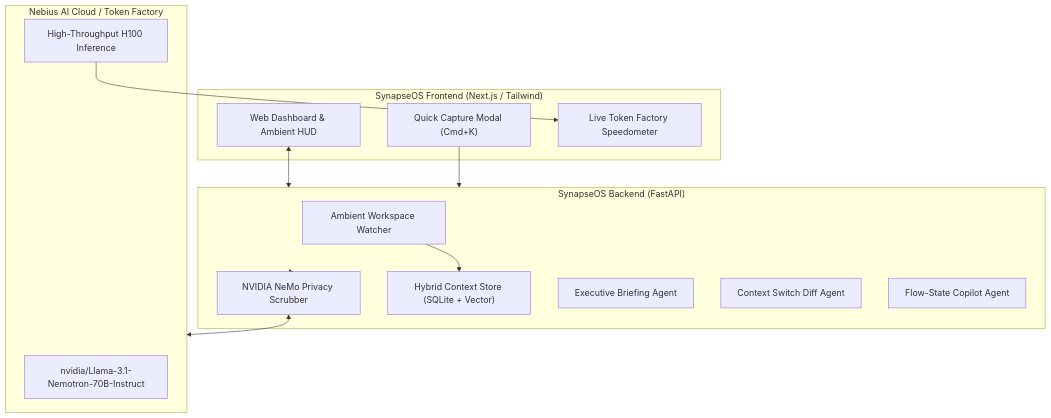
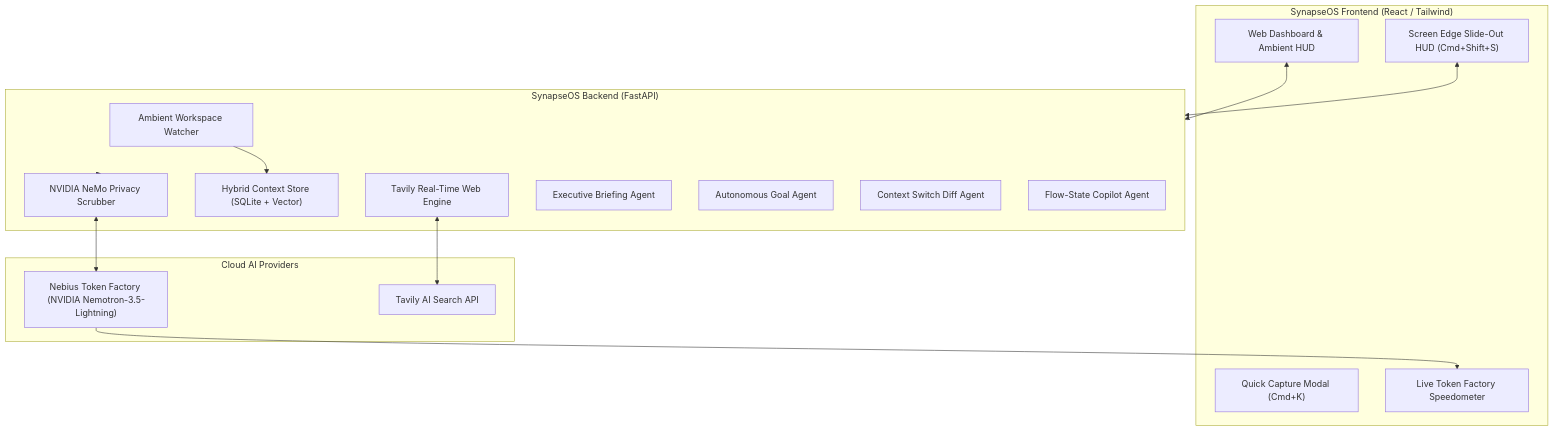
Before and after one commit to shoumik4571/SynapseOS: the diagram in README.md, drawn with Mermaid. The commit also changed other lines of this file, not shown here.

Commit message:
docs: showcase hackathon prize targets, Tavily badges, and updated architecture

````diff
--- a/README.md
+++ b/README.md
@@ -28,30 +38,34 @@
 ```mermaid
 flowchart TD
-    subgraph Client ["SynapseOS Frontend (Next.js / Tailwind)"]
+    subgraph Client ["SynapseOS Frontend (React / Tailwind)"]
         UI["Web Dashboard & Ambient HUD"]
         CmdK["Quick Capture Modal (Cmd+K)"]
         SpeedMeter["Live Token Factory Speedometer"]
+        EdgeHUD["Screen Edge Slide-Out HUD (Cmd+Shift+S)"]
     end
 
     subgraph Backend ["SynapseOS Backend (FastAPI)"]
         Watcher["Ambient Workspace Watcher"]
         Guardrails["NVIDIA NeMo Privacy Scrubber"]
         MemoryStore["Hybrid Context Store (SQLite + Vector)"]
+        TavilyEngine["Tavily Real-Time Web Engine"]
         
         Briefing["Executive Briefing Agent"]
+        GoalEngine["Autonomous Goal Agent"]
         ContextDiff["Context Switch Diff Agent"]
         Copilot["Flow-State Copilot Agent"]
     end
 
-    subgraph NebiusCloud ["Nebius AI Cloud / Token Factory"]
-        Nemotron["nvidia/Llama-3.1-Nemotron-70B-Instruct"]
-        StreamEngine["High-Throughput H100 Inference"]
+    subgraph CloudInfra ["Cloud AI Providers"]
+        NebiusCloud["Nebius Token Factory (NVIDIA Nemotron-3.5-Lightning)"]
+        TavilyCloud["Tavily AI Search API"]
     end
 
     UI <--> Backend
-    CmdK --> Backend
+    EdgeHUD <--> Backend
     Watcher --> MemoryStore
     Backend --> Guardrails
     Guardrails <--> NebiusCloud
-    StreamEngine --> SpeedMeter
+    TavilyEngine <--> TavilyCloud
+    NebiusCloud --> SpeedMeter
 ```
````
